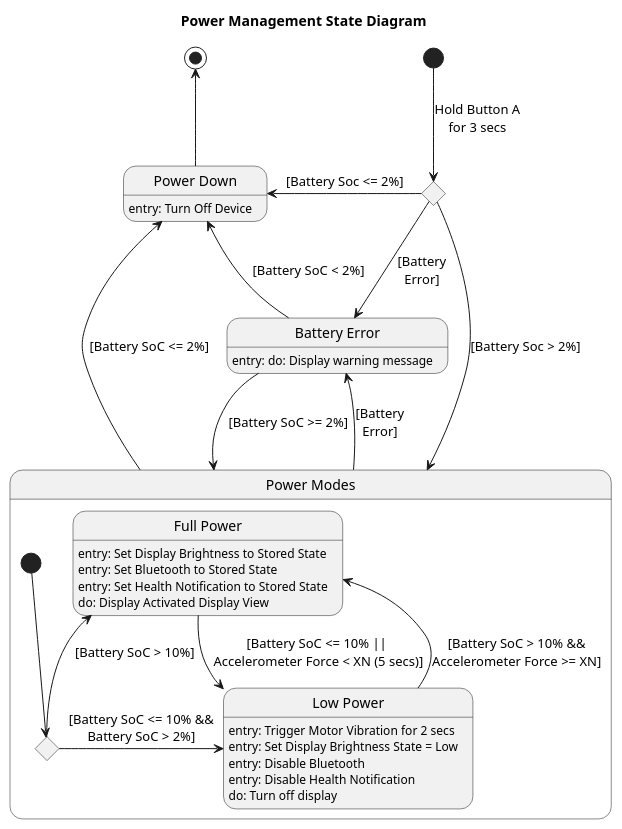
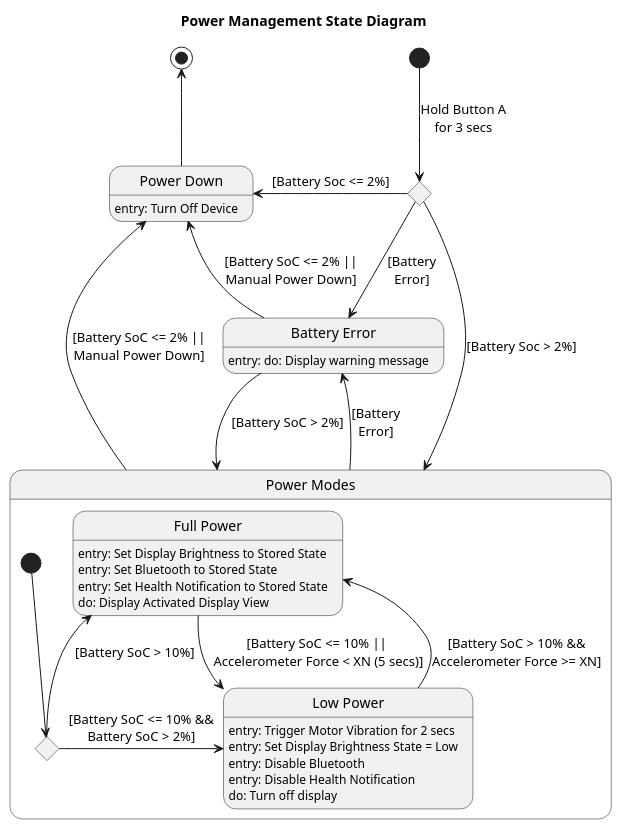
One commit to markroche92/sw-eng-smart-watch changed the diagram in uml/state_diagrams/power_management.plantuml. Above: the diagram before and after it, drawn with PlantUML. The commit also changed 2 other files, not shown here.

Commit message:
Update power management - Manual Power Down

```diff
--- a/uml/state_diagrams/power_management.plantuml
+++ b/uml/state_diagrams/power_management.plantuml
@@ -1,41 +1,41 @@
 @startuml
 
 skinparam shadowing false
 
 title Power Management State Diagram
 
 state "Power Modes" as Pm {
     state "Full Power" as Fp : entry: Set Display Brightness to Stored State\nentry: Set Bluetooth to Stored State\nentry: Set Health Notification to Stored State\ndo: Display Activated Display View
     state "Low Power" as Lp : entry: Trigger Motor Vibration for 2 secs\nentry: Set Display Brightness State = Low\nentry: Disable Bluetooth\nentry: Disable Health Notification\ndo: Turn off display
 
     Fp -down-> Lp : [Battery SoC <= 10% ||\n Accelerometer Force < XN (5 secs)]
     Lp -up-> Fp : [Battery SoC > 10% &&\nAccelerometer Force >= XN]
     
     state Choice2 <<choice>>
     [*] --> Choice2
     Choice2 -left-> Fp : [Battery SoC > 10%]
     Choice2 -right-> Lp : [Battery SoC <= 10% &&\nBattery SoC > 2%]
 
 }
 
 state "Power Down" as Pd : entry: Turn Off Device
 
 state "Battery Error" as Bu : entry: do: Display warning message
 
 state Choice <<choice>>
 [*] --> Choice : Hold Button A\nfor 3 secs
 Choice -down-> Bu : [Battery\nError]
 Choice -left-> Pd : [Battery Soc <= 2%]
 Choice -down-> Pm : [Battery Soc > 2%]
 
-Bu -down-> Pm : [Battery SoC >= 2%]
+Bu -down-> Pm : [Battery SoC > 2%]
 Pm -up-> Bu : [Battery\nError]
 
-Bu -down-> Pd : [Battery SoC < 2%]
+Bu -down-> Pd : [Battery SoC <= 2% ||\nManual Power Down]
 
 
-Pm -down-> Pd : [Battery SoC <= 2%]
+Pm -down-> Pd : [Battery SoC <= 2% ||\nManual Power Down]
 Pd -up-> [*]
 
 
 @enduml
```
